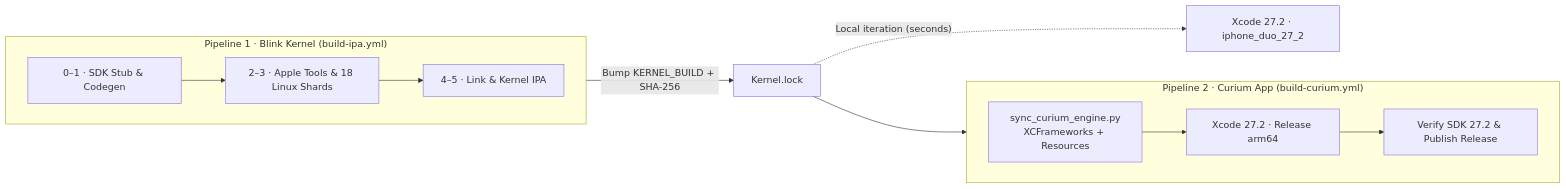
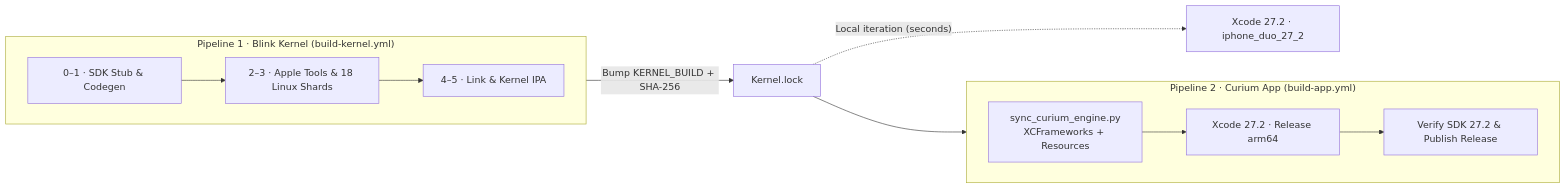
The diagram in README.md (benjipeng/curium), drawn with Mermaid before and after one commit. The commit also changed other lines of this file and 12 other files, not shown here.

First line of the commit message:
chore(ci): rename workflows to build-kernel/build-app and unify Kernel/Build naming

````diff
--- a/README.md
+++ b/README.md
@@ -59,19 +59,19 @@
 ```mermaid
 flowchart LR
-    subgraph P1["Pipeline 1 · Blink Kernel (build-ipa.yml)"]
+    subgraph P1["Pipeline 1 · Blink Kernel (build-kernel.yml)"]
         direction LR
         S0["0–1 · SDK Stub &amp; Codegen"] --> S2["2–3 · Apple Tools &amp; 18 Linux Shards"]
         S2 --> S4["4–5 · Link &amp; Kernel IPA"]
     end
 
     S4 -->|"Bump KERNEL_BUILD + SHA-256"| LOCK["Kernel.lock"]
 
-    subgraph P2["Pipeline 2 · Curium App (build-curium.yml)"]
+    subgraph P2["Pipeline 2 · Curium App (build-app.yml)"]
         direction LR
         SYNC["sync_curium_engine.py<br/>XCFrameworks + Resources"] --> XC["Xcode 27.2 · Release arm64"]
         XC --> REL["Verify SDK 27.2 &amp; Publish Release"]
     end
 
     LOCK --> SYNC
     LOCK -.->|"Local iteration (seconds)"| LOCAL["Xcode 27.2 · iphone_duo_27_2"]
 ```
````
